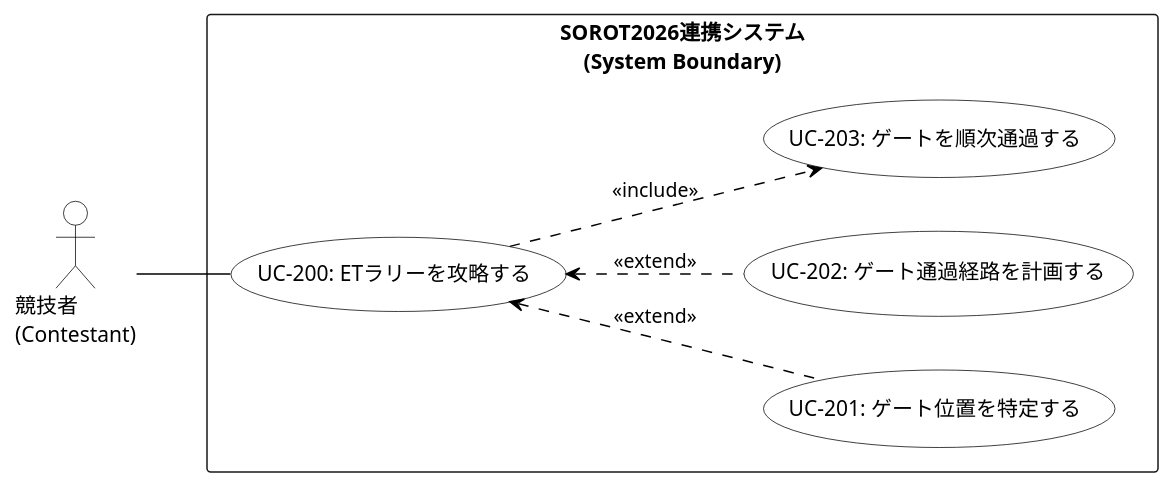
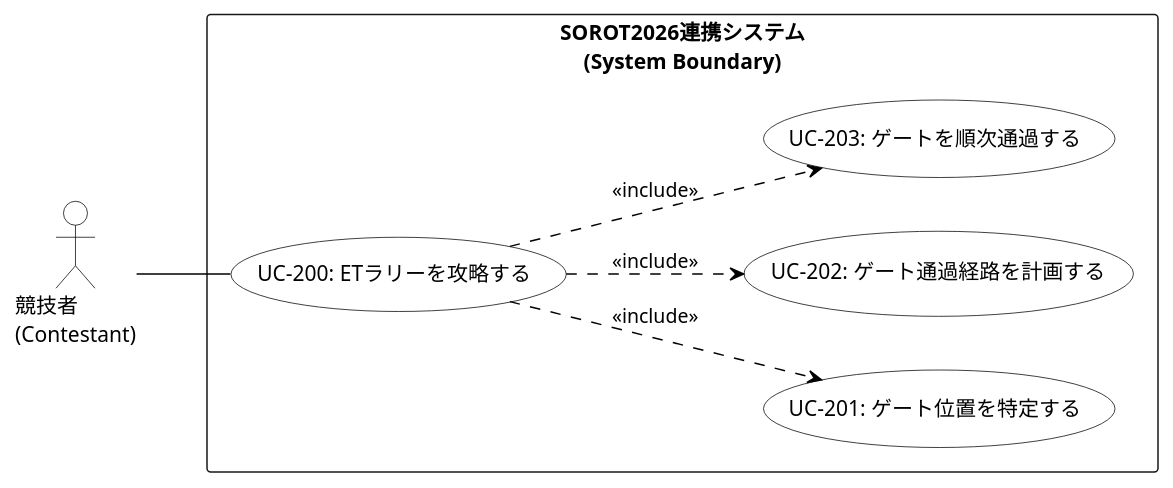
Before and after one commit to darts-cloud/note: the diagram in content/06_etrobokon2026_agy/要求モデル/02_UMLユースケース図_PlantUML.md, drawn with PlantUML. The commit also changed other lines of this file and 3 other files, not shown here.

Commit message:
docs: change usecase relations from extend to include for Cockburn dynamic happy-path compliance

````diff
--- a/content/06_etrobokon2026_agy/要求モデル/02_UMLユースケース図_PlantUML.md
+++ b/content/06_etrobokon2026_agy/要求モデル/02_UMLユースケース図_PlantUML.md
@@ -16,39 +16,39 @@
 ```plantuml
 @startuml
 left to right direction
 skinparam packageStyle rect
 skinparam shadowing false
 skinparam monochrome true
 
 ' スタイルの微調整 (プレミアムデザインに調和するシンプルなモノトーン)
 skinparam usecase {
     BackgroundColor white
     BorderColor black
     ArrowColor black
 }
 skinparam actor {
     BackgroundColor white
     BorderColor black
 }
 
 ' アクターの定義 (唯一の主アクター)
 actor "競技者\n(Contestant)" as Contestant
 
 ' システム境界とユースケースの定義
 rectangle "SOROT2026連携システム\n(System Boundary)" {
     usecase "UC-200: ETラリーを攻略する" as UC200
     usecase "UC-201: ゲート位置を特定する" as UC201
     usecase "UC-202: ゲート通過経路を計画する" as UC202
     usecase "UC-203: ゲートを順次通過する" as UC203
 }
 
 ' アソシエーション (主アクターから最上位UCへの一本化)
 Contestant -- UC200
 
 ' ユースケース間の関係性 (Cockburnポリシーの徹底)
 UC200 ..> UC203 : <<include>>
-UC200 <.. UC201 : <<extend>>
-UC200 <.. UC202 : <<extend>>
+UC200 ..> UC201 : <<include>>
+UC200 ..> UC202 : <<include>>
 
 @enduml
 ```
````
